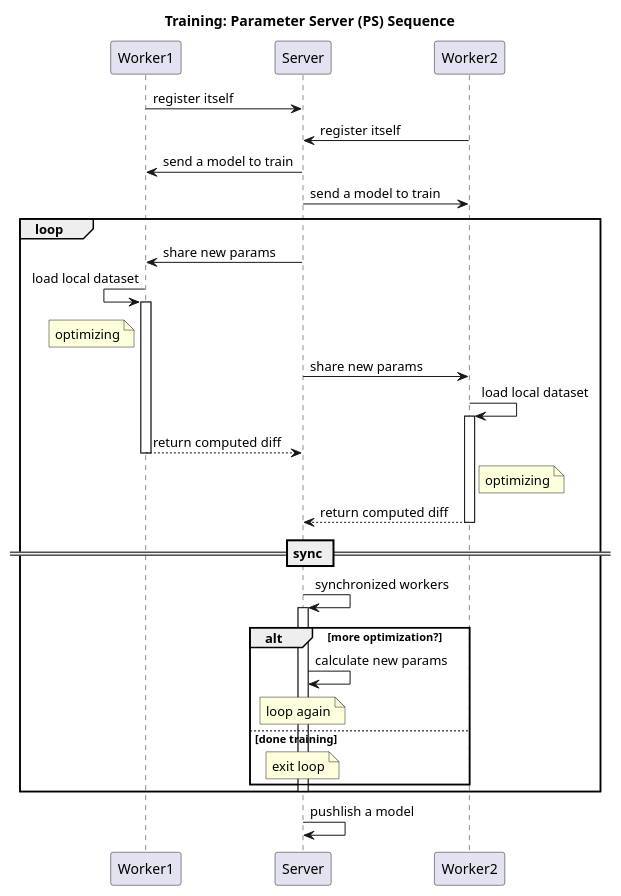
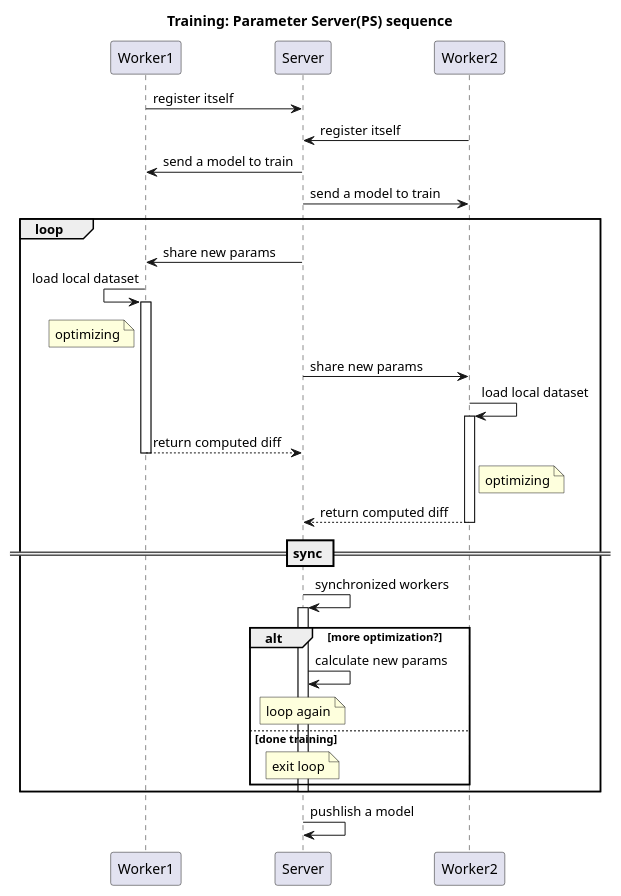
Before and after one commit to doyu/elc2019: the diagram in ps-sq.puml, drawn with PlantUML. The commit also changed 8 other files, not shown here.

```diff
--- a/ps-sq.puml
+++ b/ps-sq.puml
@@ -1,43 +1,43 @@
 @startuml
 
-title Training: Parameter Server (PS) Sequence
+title Training: Parameter Server(PS) sequence
 
 
 Worker1 -> Server : register itself
 Server <- Worker2: register itself
 
 Server -> Worker1: send a model to train
 Server -> Worker2: send a model to train
 
 loop
 
 Server -> Worker1: share new params
 Worker1 <- Worker1: load local dataset
 activate Worker1
 note left of Worker1: optimizing
 Server -> Worker2: share new params
 Worker2 -> Worker2: load local dataset
 activate Worker2
 Worker1 --> Server: return computed diff
 deactivate Worker1
 note right of Worker2: optimizing
 Worker2 --> Server: return computed diff
 deactivate Worker2
 
 == sync ==
 
 Server -> Server: synchronized workers
 
 activate Server
 alt more optimization?
 Server -> Server : calculate new params
 note over Server : loop again
 else done training
 note over Server: exit loop
 end
 deactivate Server
 end
 
 Server -> Server: pushlish a model
 
 @enduml
```
